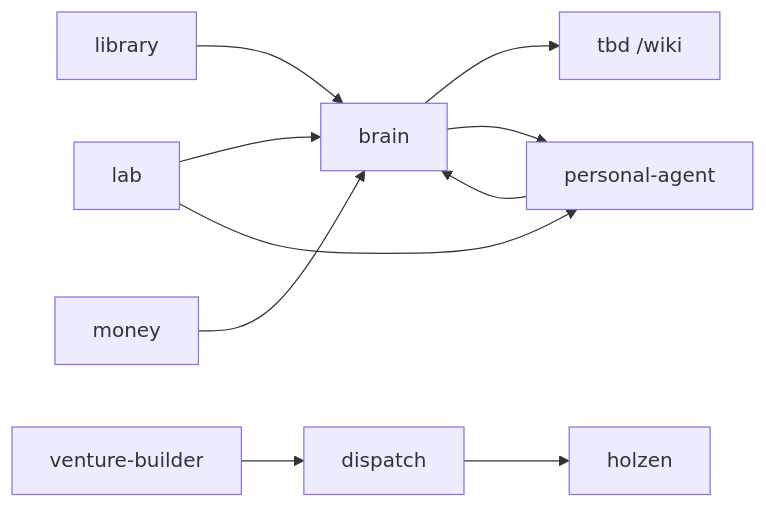
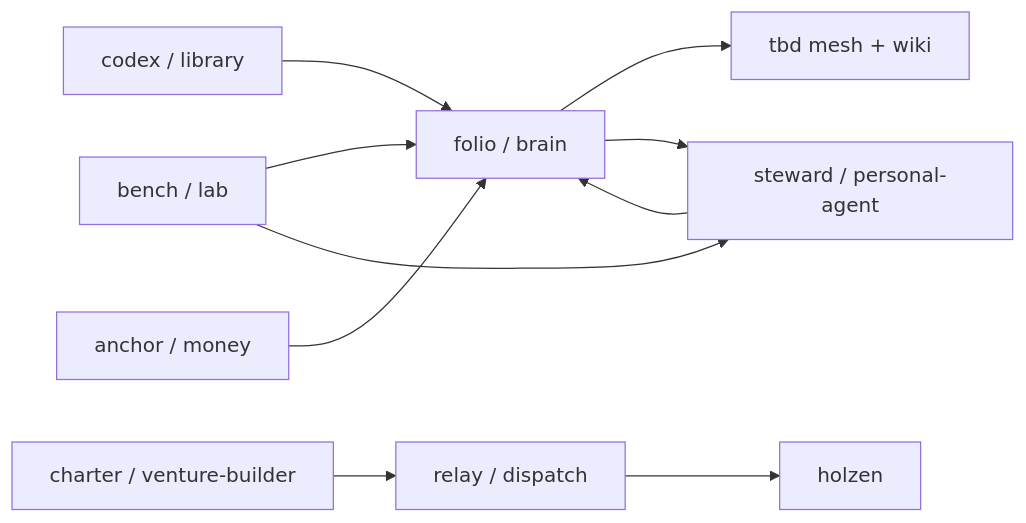
The diagram in README.md (Angelguirao/projects), drawn with Mermaid before and after one commit. The commit also changed other lines of this file, not shown here.

First line of the commit message:
Rewrite README as public stack map for mesh and GitHub profile.

````diff
--- a/README.md
+++ b/README.md
@@ -56,12 +64,12 @@
 ```mermaid
 flowchart LR
-  LIB[library] --> BR[brain]
-  BR --> TBD[tbd /wiki]
-  BR --> PA[personal-agent]
+  LIB[codex / library] --> BR[folio / brain]
+  BR --> TBD[tbd mesh + wiki]
+  BR --> PA[steward / personal-agent]
   PA --> BR
-  LAB[lab] --> BR
+  LAB[bench / lab] --> BR
   LAB --> PA
-  VB[venture-builder] --> DISP[dispatch]
+  VB[charter / venture-builder] --> DISP[relay / dispatch]
   DISP --> HOL[holzen]
-  MON[money] --> BR
+  MON[anchor / money] --> BR
 ```
````
